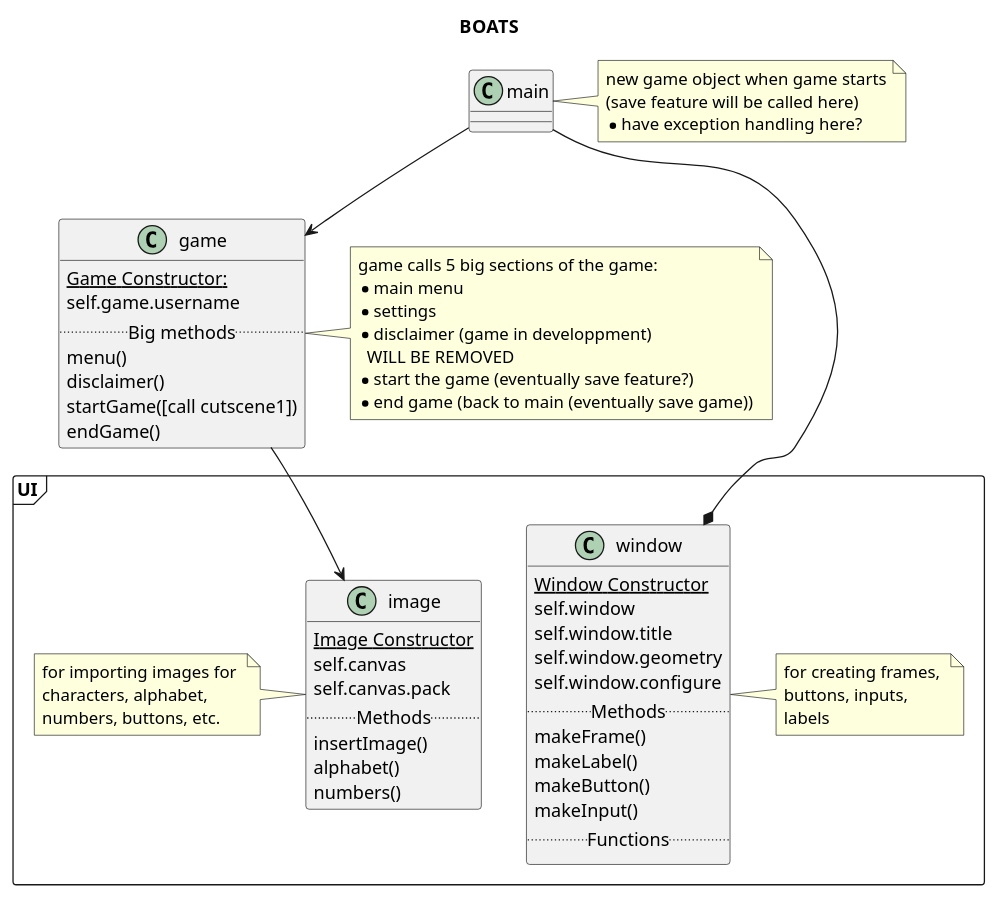
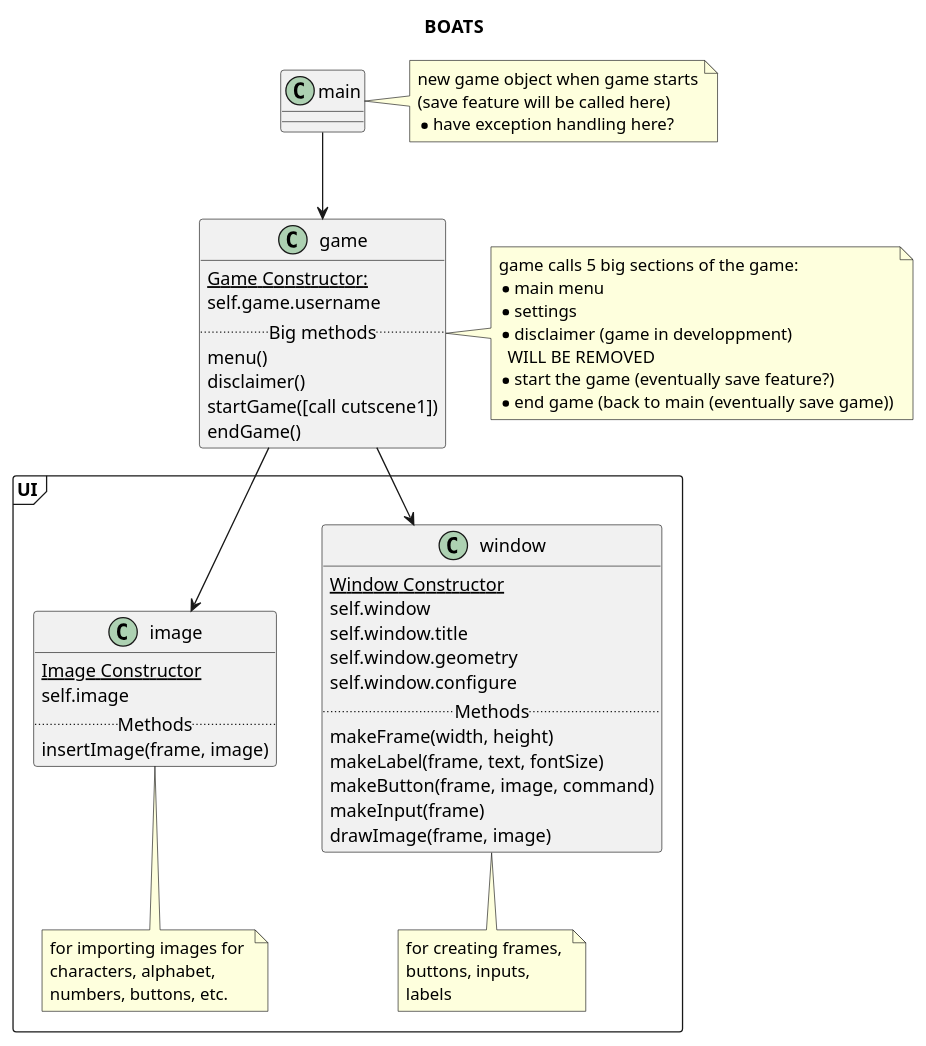
Before and after one commit to kbph05/BOATS: the diagram in map.puml, drawn with PlantUML. The commit also changed 3 other files, not shown here.

```diff
--- a/map.puml
+++ b/map.puml
@@ -1,118 +1,113 @@
 @startuml map
 title BOATS 
 
 
 ' class cutscenes {
 '     cutscene1()
 ' }
 
 ' note right of cutscenes
 ' scenes where user does not make 
 ' choices; only cutscenes play and
 ' user clicks along
 ' end note
 
 
 class main {
 
 }
 note right of main
 new game object when game starts
 (save feature will be called here)
 *have exception handling here?
 end note
 
 ' class choices {
 
 ' }
 ' note left of choices
 ' where the choices of the 
 ' user will go, and each 
 ' choice will take them to a 
 ' new method
 ' end note
 
 class game {
     {static} Game Constructor:
         self.game.username
     ..Big methods..
     menu()
     disclaimer()
     startGame([call cutscene1])
     endGame()
 }
 note right of game
 game calls 5 big sections of the game:
 * main menu
 * settings
 * disclaimer (game in developpment) 
   WILL BE REMOVED
 * start the game (eventually save feature?)
 * end game (back to main (eventually save game))
 end note
 
 package UI <<frame>> {
     class window {
         {static} Window Constructor
             self.window
             self.window.title
             self.window.geometry
             self.window.configure
         .. Methods ..
-        makeFrame()
-        makeLabel()
-        makeButton()
-        makeInput()
-        ..Functions..
+        makeFrame(width, height)
+        makeLabel(frame, text, fontSize)
+        makeButton(frame, image, command)
+        makeInput(frame)
+        drawImage(frame, image)
     }
 
-    note right of window 
+    note bottom of window 
     for creating frames, 
     buttons, inputs, 
     labels
     end note
 
     class image {
         {static} Image Constructor
-            self.canvas
-            self.canvas.pack
+            self.image
         .. Methods ..
-        insertImage()
-        alphabet()
-        numbers()
+        insertImage(frame, image)
+        ' alphabet()
+        ' numbers()
     }
-    note left of image
+    note bottom of image
     for importing images for 
     characters, alphabet, 
     numbers, buttons, etc.
     end note
 
     ' class animated {
     '     {static} Animated Constructor:
         
     '     ..Methods..
     '     runningRight()
     '     walkingRight()
     '     runningLeft()
     '     walkingLeft()
     '     runningUp()
     '     walkingUp()
     '     runningDown()
     '     walkingDown()
     ' }
     ' note right of animated
     ' loops that loop some 
     ' animations of characters, 
     ' animals, objects, etc.
     ' end note
 }
 main --> game 
-' game --> cutscenes 
-
-' cutscenes --> image
 game --> image
-' game --> choices 
-main --* window
+game --> window
 
 
 @enduml
```
